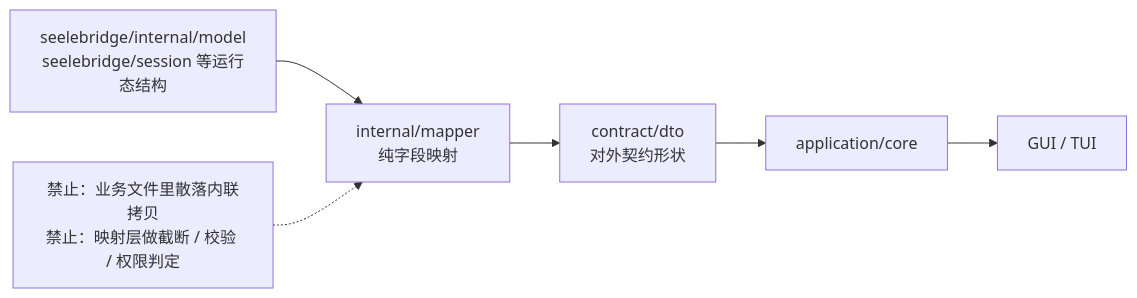
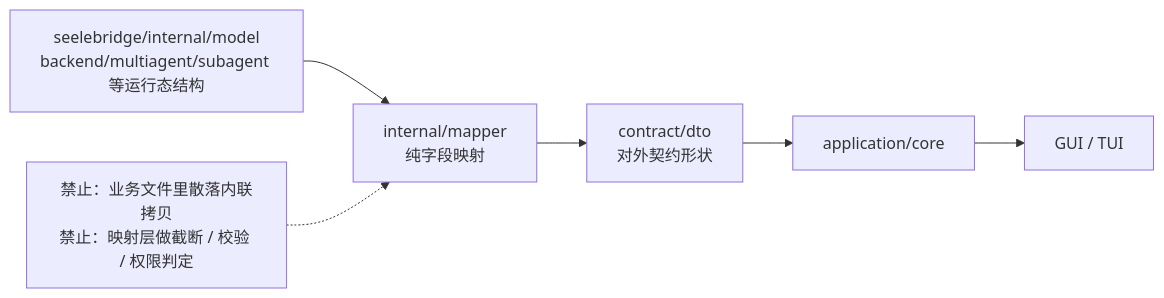
One commit to RedHuang-0622/seelex changed the diagram in seelebridge/internal/mapper/README.md. Above: the diagram before and after it, drawn with Mermaid. The commit also changed other lines of this file and 43 other files, not shown here.

````diff
--- a/seelebridge/internal/mapper/README.md
+++ b/seelebridge/internal/mapper/README.md
@@ -17,8 +17,8 @@
 ```mermaid
 flowchart LR
-    INTERNAL["seelebridge/internal/model<br/>seelebridge/session 等运行态结构"] --> MAPPER["internal/mapper<br/>纯字段映射"]
+    INTERNAL["seelebridge/internal/model<br/>backend/multiagent/subagent 等运行态结构"] --> MAPPER["internal/mapper<br/>纯字段映射"]
     MAPPER --> DTO["contract/dto<br/>对外契约形状"]
     DTO --> APP["application/core"]
     APP --> FE["GUI / TUI"]
     NOTE["禁止：业务文件里散落内联拷贝<br/>禁止：映射层做截断 / 校验 / 权限判定"] -.-> MAPPER
 ```
````
